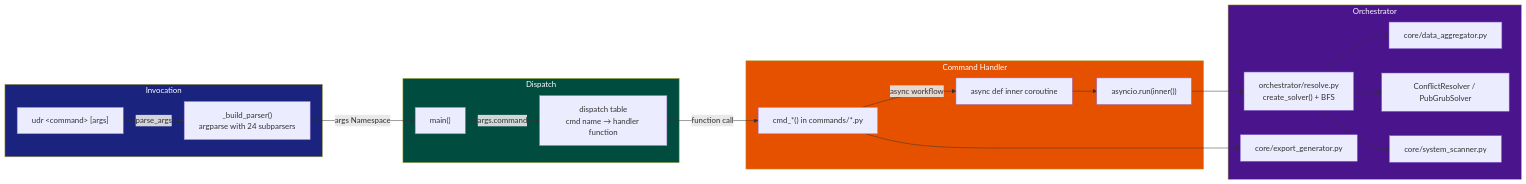
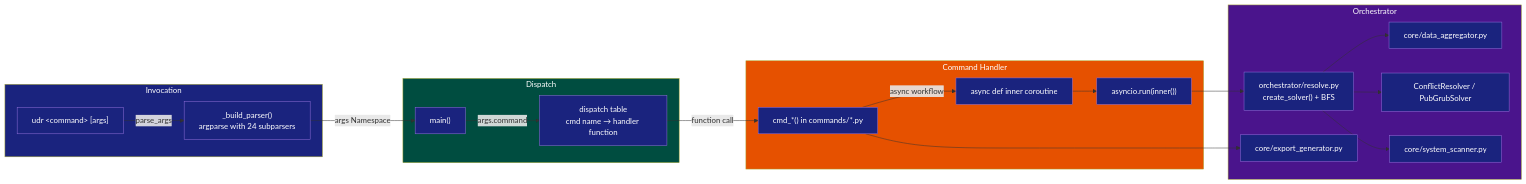
The diagram in docs/CLI.md (code-with-zeeshan/universal-dependency-resolver), drawn with Mermaid before and after one commit. The commit also changed 9 other files, not shown here.

First line of the commit message:
docs: fix mermaid lightbox sizing, white box labels, dedupe header badges

````diff
--- a/docs/CLI.md
+++ b/docs/CLI.md
@@ -15,43 +15,46 @@
 ```mermaid
 flowchart LR
     subgraph INVOCATION["Invocation"]
         ARGS["udr &lt;command&gt; [args]"]
         PARSER["_build_parser()<br/>argparse with 24 subparsers"]
     end
 
     subgraph DISPATCH["Dispatch"]
         MAIN["main()"]
         DT["dispatch table<br/>cmd name → handler function"]
     end
 
     subgraph HANDLER["Command Handler"]
         HAND["cmd_*() in commands/*.py"]
         CORO["async def inner coroutine"]
         RUN["asyncio.run(inner())"]
     end
 
     subgraph ORCH["Orchestrator"]
         ORCH_LAYER["orchestrator/resolve.py<br/>create_solver() + BFS"]
         AGG["core/data_aggregator.py"]
         SOLVER["ConflictResolver / PubGrubSolver"]
         SS["core/system_scanner.py"]
         EXPORT["core/export_generator.py"]
     end
 
     ARGS -->|parse_args| PARSER
     PARSER -->|args Namespace| MAIN
     MAIN -->|args.command| DT
     DT -->|function call| HAND
     HAND -->|async workflow| CORO
     CORO --> RUN
     RUN --> ORCH_LAYER
     ORCH_LAYER --> AGG
     ORCH_LAYER --> SOLVER
     ORCH_LAYER --> SS
     HAND --> EXPORT
 
     style INVOCATION fill:#1a237e,color:#fff
     style DISPATCH fill:#004d40,color:#fff
     style HANDLER fill:#e65100,color:#fff
     style ORCH fill:#4a148c,color:#fff
+
+    classDef box fill:#1a237e,color:#fff
+    class ARGS,PARSER,MAIN,DT,HAND,CORO,RUN,ORCH_LAYER,AGG,SOLVER,SS,EXPORT box
 ```
````
